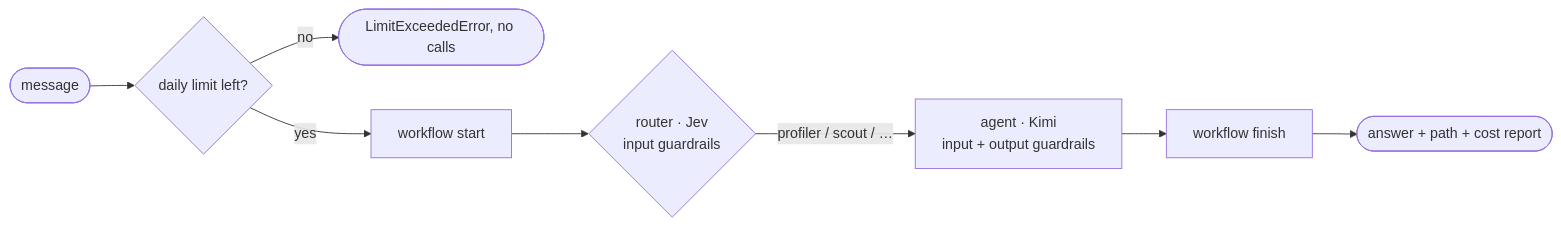
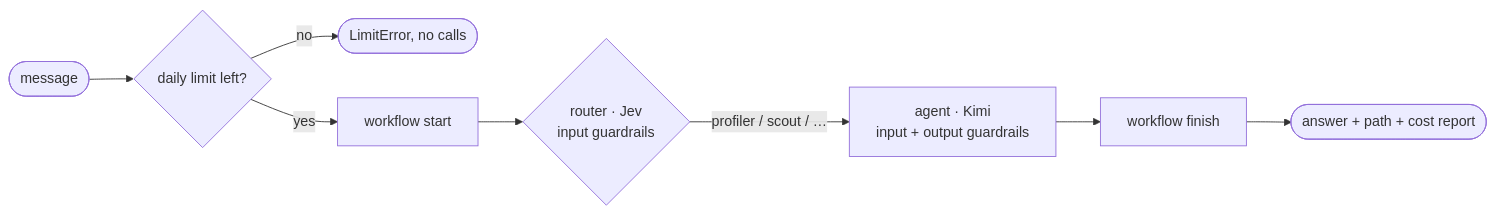
The diagram in Home.md (agbossjs/agboss), drawn with Mermaid before and after one commit. The commit also changed 24 other files, not shown here.

````diff
--- a/Home.md
+++ b/Home.md
@@ -49,10 +49,10 @@
 ```mermaid
 flowchart LR
   T([message]) --> B{daily limit left?}
-  B -- no --> X([LimitExceededError, no calls])
+  B -- no --> X([LimitError, no calls])
   B -- yes --> E[workflow start]
   E --> R{router · Jev<br/>input guardrails}
   R -- profiler / scout / … --> A[agent · Kimi<br/>input + output guardrails]
   A --> C[workflow finish]
   C --> O([answer + path + cost report])
 ```
````
